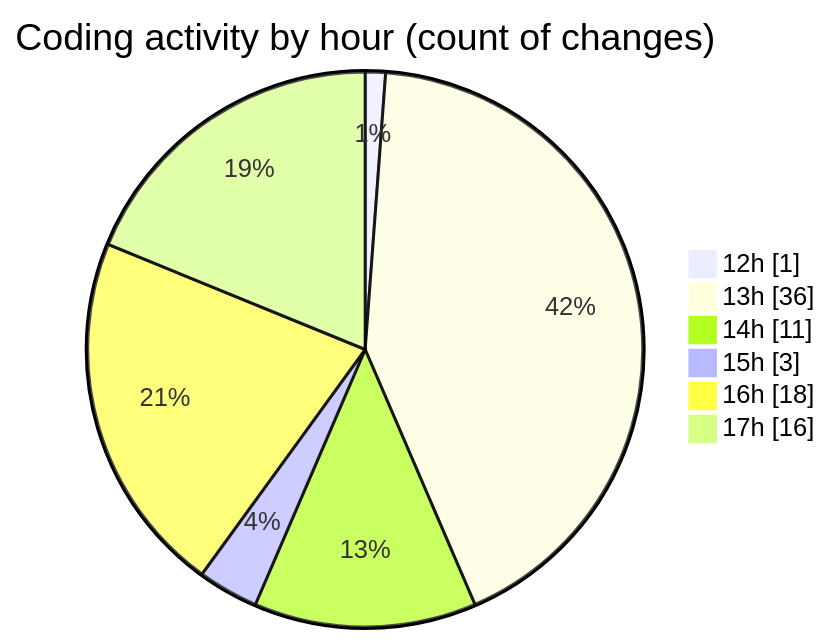
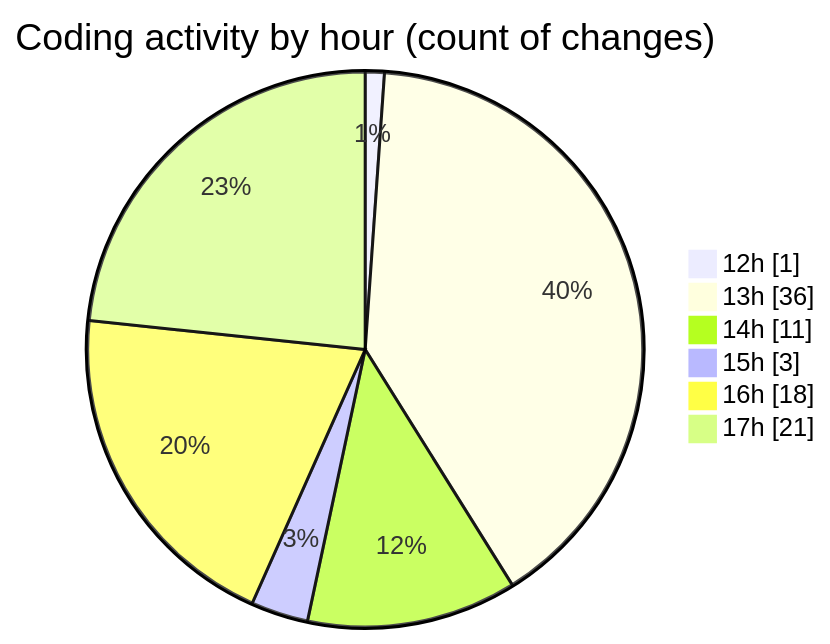
Before and after one commit to momahboobian/code-tracking: the second of 2 diagrams in 2026-02-03/cda/README.md, drawn with Mermaid. The commit also changed other lines of this file and 1 other file, not shown here.

````diff
--- a/2026-02-03/cda/README.md
+++ b/2026-02-03/cda/README.md
@@ -41,10 +41,10 @@
 ```mermaid
 pie showData
 title Coding activity by hour (count of changes)
 "12h" : 1
 "13h" : 36
 "14h" : 11
 "15h" : 3
 "16h" : 18
-"17h" : 16
+"17h" : 21
 ```
````
